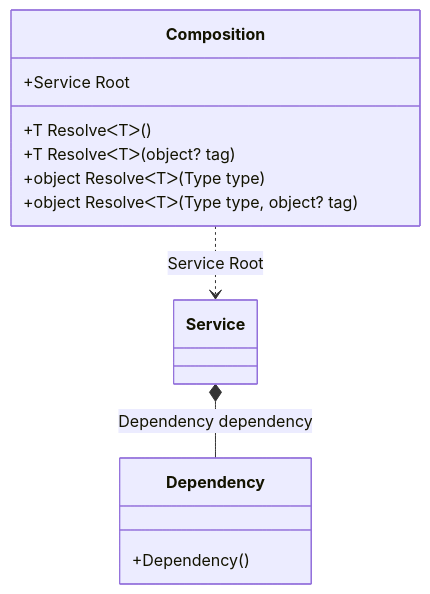
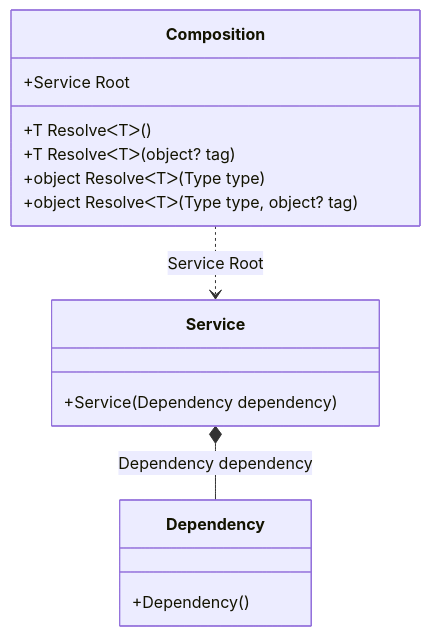
One commit to DevTeam/Pure.DI changed the eighth of 35 diagrams in readme/Examples.md. Above: the diagram before and after it, drawn with Mermaid. The commit also changed other lines of this file and 28 other files, not shown here.

````diff
--- a/readme/Examples.md
+++ b/readme/Examples.md
@@ -573,15 +558,18 @@
 ```mermaid
 classDiagram
 class Composition {
 +Service Root
 +T ResolveᐸTᐳ()
 +T ResolveᐸTᐳ(object? tag)
 +object ResolveᐸTᐳ(Type type)
 +object ResolveᐸTᐳ(Type type, object? tag)
 }
 class Dependency {
 +Dependency()
 }
+class Service {
++Service(Dependency dependency)
+}
+Service *--  Dependency : Dependency dependency
 Composition ..> Service : Service Root
-Service *--  Dependency : Dependency dependency
 ```
````
